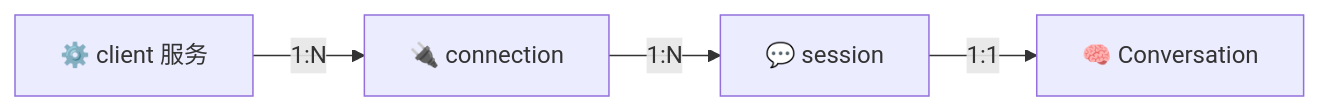
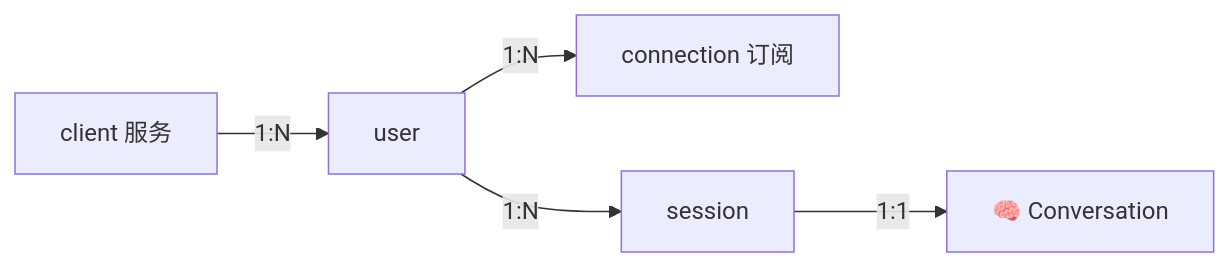
One commit to dingdalong/skynet_agent changed the first of 2 diagrams in docs/architecture/AGENT_GATEWAY.md. Above: the diagram before and after it, drawn with Mermaid. The commit also changed other lines of this file and 56 other files, not shown here.

````diff
--- a/docs/architecture/AGENT_GATEWAY.md
+++ b/docs/architecture/AGENT_GATEWAY.md
@@ -20,6 +20,7 @@
 ```mermaid
 flowchart LR
-    C["⚙️ client 服务"] -->|"1:N"| N["🔌 connection"]
-    N -->|"1:N"| S["💬 session"]
+    C["client 服务"] -->|"1:N"| U["user"]
+    U -->|"1:N"| N["connection 订阅"]
+    U -->|"1:N"| S["session"]
     S -->|"1:1"| V["🧠 Conversation"]
 ```
````
